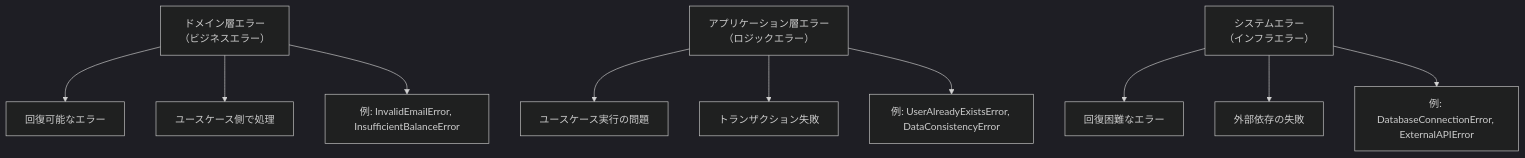
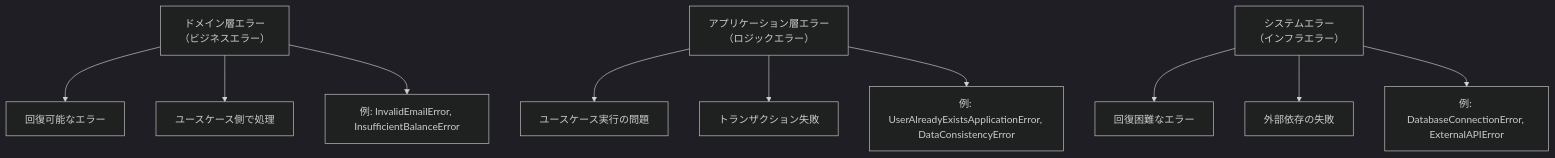
The second of 2 diagrams in docs/06-best-practices/02-error-handling.md (duwenji/clean-architecture), drawn with Mermaid (dark theme) before and after one commit. The commit also changed 1 other file, not shown here.

Commit message:
fix(docs): correct application/presentation layer mixup in error-handling README
The README excerpt under "アプリケーション層：エラー変換" built an HTTP
response directly (res.status().json()), which is Presentation-layer
work, not Application layer. Restructure it to show the actual
Application-layer responsibility (converting Domain errors to
Application-suffixed errors and rethrowing), matching the corrected
two-hierarchy model already established in 02-error-handling.md.
Also update errorStatusMap to use the Application-suffixed class
names, and drop UserAlreadyExistsError from the Domain error list
since duplicate-user checks are an Application-layer concern per
02-error-handling.md's own note.

Also fix a stale class name in 02-error-handling.md's error
classification diagram (UserAlreadyExistsError -> UserAlreadyExistsApplicationError).

````diff
--- a/docs/06-best-practices/02-error-handling.md
+++ b/docs/06-best-practices/02-error-handling.md
@@ -19,14 +19,14 @@
 ```mermaid
 flowchart TD
     A["ドメイン層エラー<br/>（ビジネスエラー）"] --> A1["回復可能なエラー"]
     A --> A2["ユースケース側で処理"]
     A --> A3["例: InvalidEmailError, InsufficientBalanceError"]
 
     B["アプリケーション層エラー<br/>（ロジックエラー）"] --> B1["ユースケース実行の問題"]
     B --> B2["トランザクション失敗"]
-    B --> B3["例: UserAlreadyExistsError, DataConsistencyError"]
+    B --> B3["例: UserAlreadyExistsApplicationError, DataConsistencyError"]
 
     C["システムエラー<br/>（インフラエラー）"] --> C1["回復困難なエラー"]
     C --> C2["外部依存の失敗"]
     C --> C3["例: DatabaseConnectionError, ExternalAPIError"]
 ```
````
